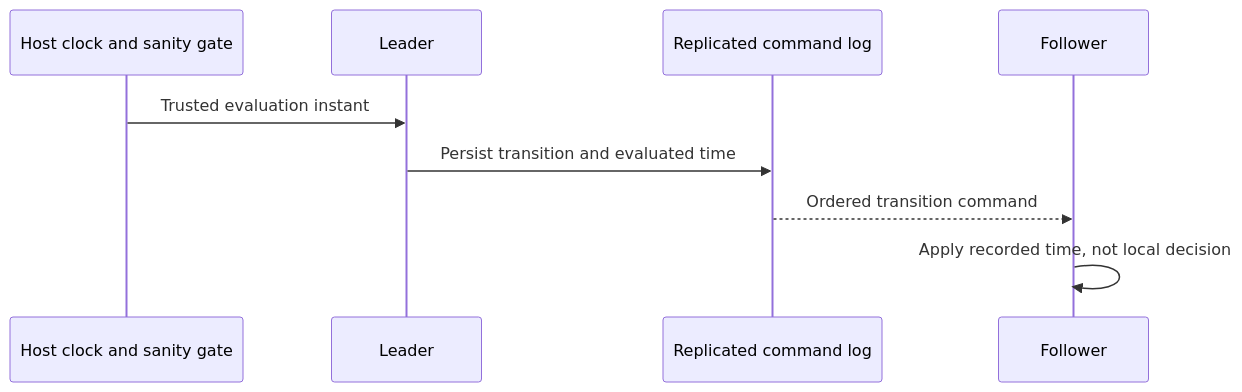
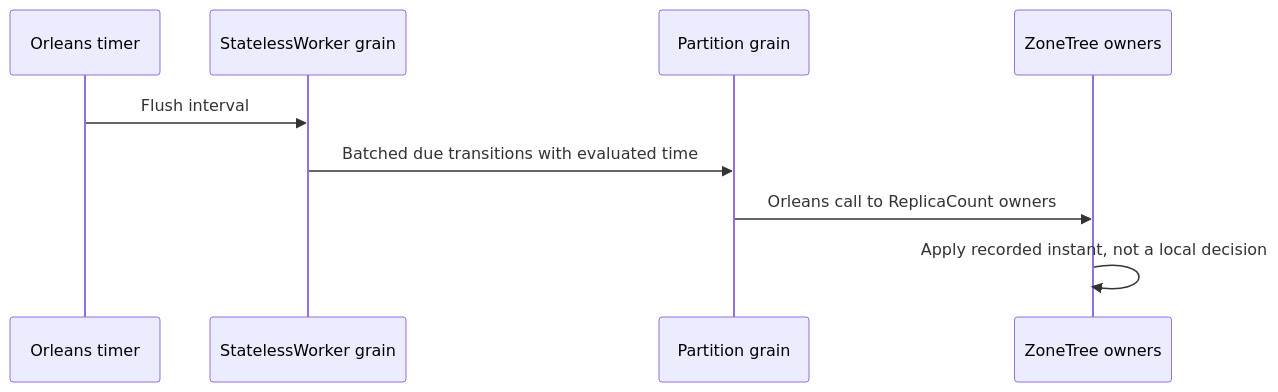
The diagram in docs/ADR/ADR-028-persisted-scheduling-time.md (managedcode/KeyLoad), drawn with Mermaid before and after one commit. The commit also changed other lines of this file and 7356 other files, not shown here.

````diff
--- a/docs/ADR/ADR-028-persisted-scheduling-time.md
+++ b/docs/ADR/ADR-028-persisted-scheduling-time.md
@@ -11,11 +11,11 @@
 ```mermaid
 sequenceDiagram
-    participant Clock as Host clock and sanity gate
-    participant Leader
-    participant Log as Replicated command log
-    participant Follower
-    Clock->>Leader: Trusted evaluation instant
-    Leader->>Log: Persist transition and evaluated time
-    Log-->>Follower: Ordered transition command
-    Follower->>Follower: Apply recorded time, not local decision
+    participant Timer as Orleans timer
+    participant Worker as StatelessWorker grain
+    participant Partition as Partition grain
+    participant Owners as ZoneTree owners
+    Timer->>Worker: Flush interval
+    Worker->>Partition: Batched due transitions with evaluated time
+    Partition->>Owners: Orleans call to ReplicaCount owners
+    Owners->>Owners: Apply recorded instant, not a local decision
 ```
````
